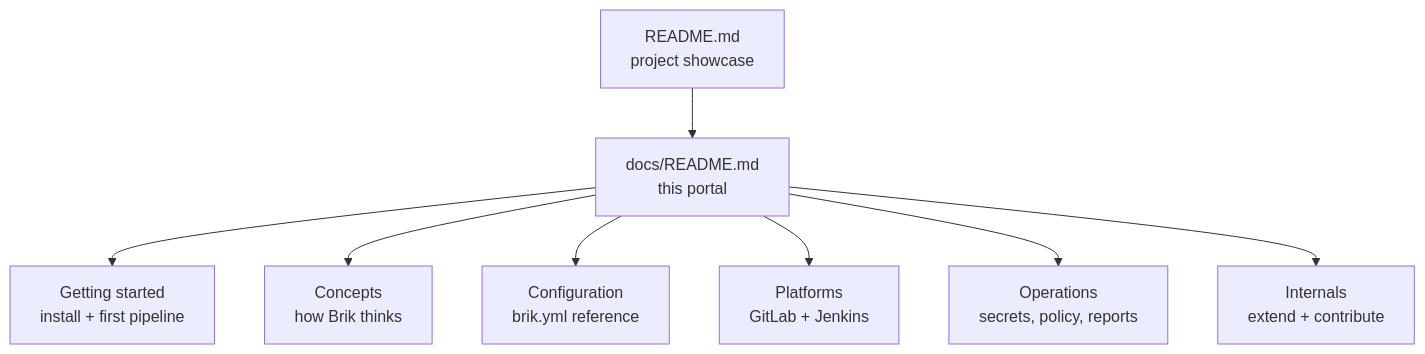
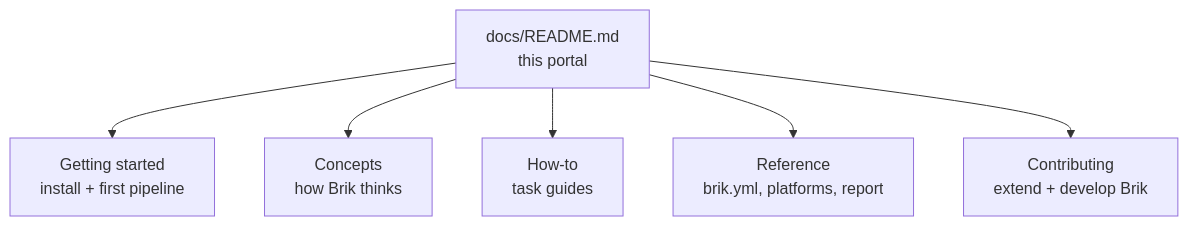
The diagram in docs/README.md (getbrik/brik), drawn with Mermaid before and after one commit. The commit also changed other lines of this file and 121 other files, not shown here.

````diff
--- a/docs/README.md
+++ b/docs/README.md
@@ -10,10 +10,9 @@
 ```mermaid
 flowchart TD
-    A["README.md<br/>project showcase"] --> B["docs/README.md<br/>this portal"]
+    B["docs/README.md<br/>this portal"]
     B --> C["Getting started<br/>install + first pipeline"]
     B --> D["Concepts<br/>how Brik thinks"]
-    B --> E["Configuration<br/>brik.yml reference"]
-    B --> F["Platforms<br/>GitLab + Jenkins"]
-    B --> G["Operations<br/>secrets, policy, reports"]
-    B --> H["Internals<br/>extend + contribute"]
+    B --> E["How-to<br/>task guides"]
+    B --> F["Reference<br/>brik.yml, platforms, report"]
+    B --> G["Contributing<br/>extend + develop Brik"]
 ```
````
